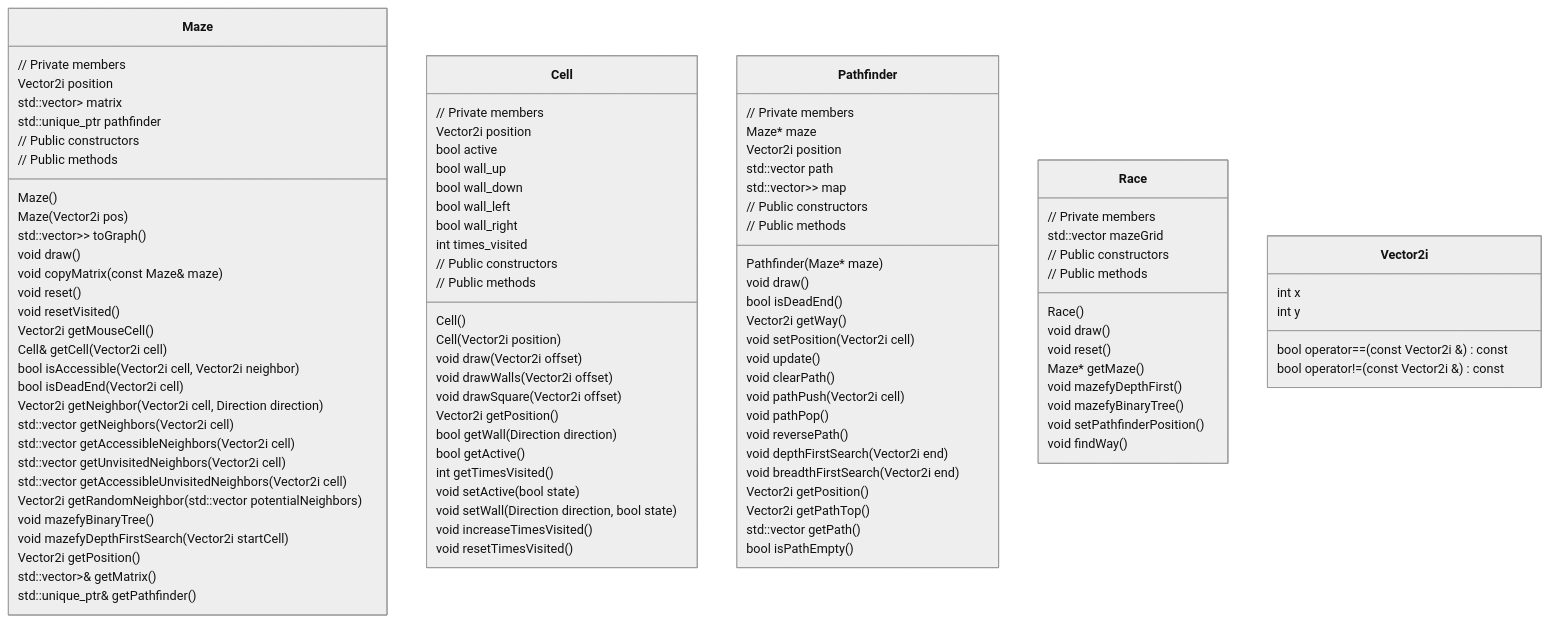
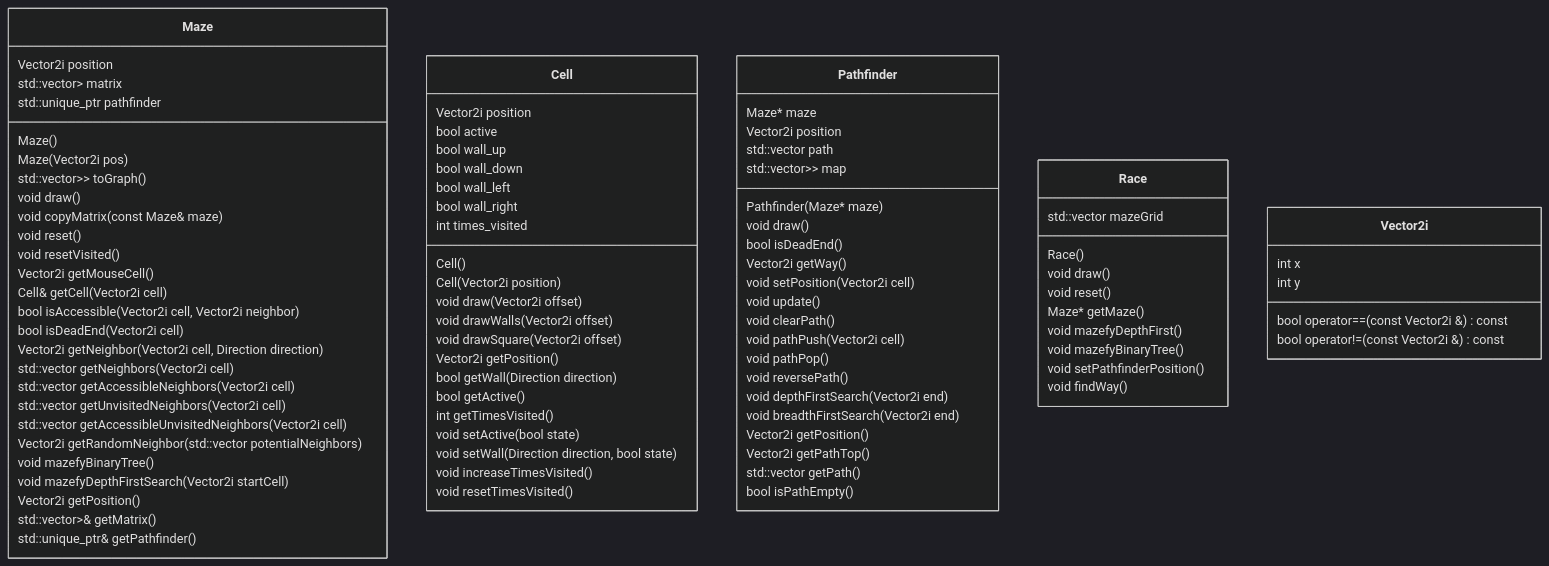
The diagram in README.md (goerll/MazeTrix), drawn with Mermaid before and after one commit.

````diff
--- a/README.md
+++ b/README.md
@@ -40,17 +40,14 @@
 ```mermaid
-%%{init: {'theme': 'neutral' } }%%
+%%{init: {'theme': 'dark' } }%%
 classDiagram
     class Maze {
-        // Private members
         Vector2i position
         std::vector<std::vector<Cell>> matrix
         std::unique_ptr<Pathfinder> pathfinder
 
-        // Public constructors
         Maze()
         Maze(Vector2i pos)
 
-        // Public methods
         std::vector<std::vector<std::vector<Vector2i>>> toGraph()
         void draw()
         void copyMatrix(const Maze& maze)
@@ -74,7 +71,6 @@
     }
 
     class Cell {
-        // Private members
         Vector2i position
         bool active
         bool wall_up
@@ -83,11 +79,9 @@
         bool wall_right
         int times_visited
 
-        // Public constructors
         Cell()
         Cell(Vector2i position)
 
-        // Public methods
         void draw(Vector2i offset)
         void drawWalls(Vector2i offset)
         void drawSquare(Vector2i offset)
@@ -102,16 +96,13 @@
     }
 
     class Pathfinder {
-        // Private members
         Maze* maze
         Vector2i position
         std::vector<Vector2i> path
         std::vector<std::vector<std::vector<Vector2i>>> map
 
-        // Public constructors
         Pathfinder(Maze* maze)
 
-        // Public methods
         void draw()
         bool isDeadEnd()
         Vector2i getWay()
@@ -130,13 +121,10 @@
     }
 
     class Race {
-        // Private members
         std::vector<Maze*> mazeGrid
 
-        // Public constructors
         Race()
 
-        // Public methods
         void draw()
         void reset()
         Maze* getMaze()
````
